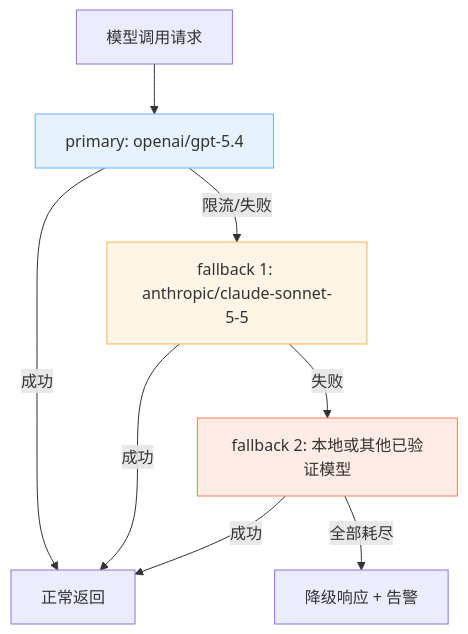
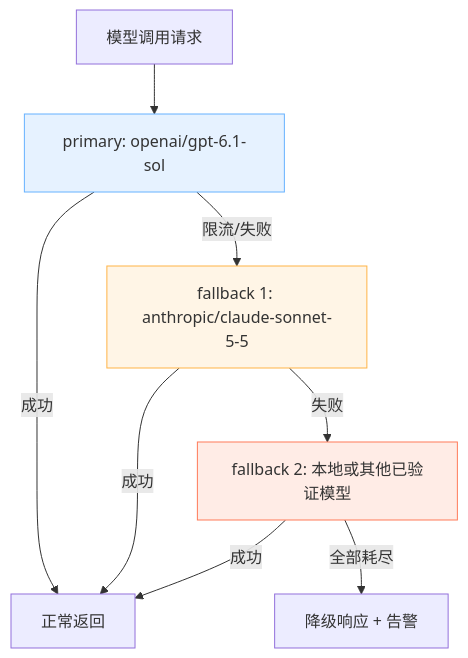
One commit to yeasy/openclaw_guide changed the diagram in 11_reliability_security/11.3_fallback_rules.md. Above: the diagram before and after it, drawn with Mermaid. The commit also changed other lines of this file and 10 other files, not shown here.

````diff
--- a/11_reliability_security/11.3_fallback_rules.md
+++ b/11_reliability_security/11.3_fallback_rules.md
@@ -28,14 +28,14 @@
 ```mermaid
 flowchart TD
-  req["模型调用请求"] --> p["primary: openai/gpt-5.4"]
+  req["模型调用请求"] --> p["primary: openai/gpt-6.1-sol"]
   p -->|"成功"| ok["正常返回"]
   p -->|"限流/失败"| f1["fallback 1: anthropic/claude-sonnet-5-5"]
   f1 -->|"成功"| ok
   f1 -->|"失败"| f2["fallback 2: 本地或其他已验证模型"]
   f2 -->|"成功"| ok
   f2 -->|"全部耗尽"| degrade["降级响应 + 告警"]
 
   style p fill:#e6f2ff,stroke:#66b2ff
   style f1 fill:#fff5e6,stroke:#ffb347
   style f2 fill:#ffece6,stroke:#ff7a59
 ```
````
